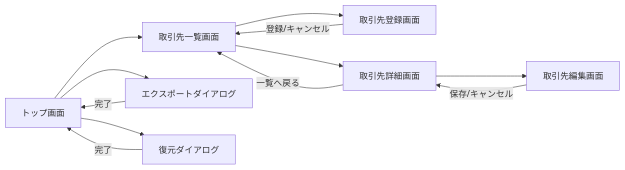
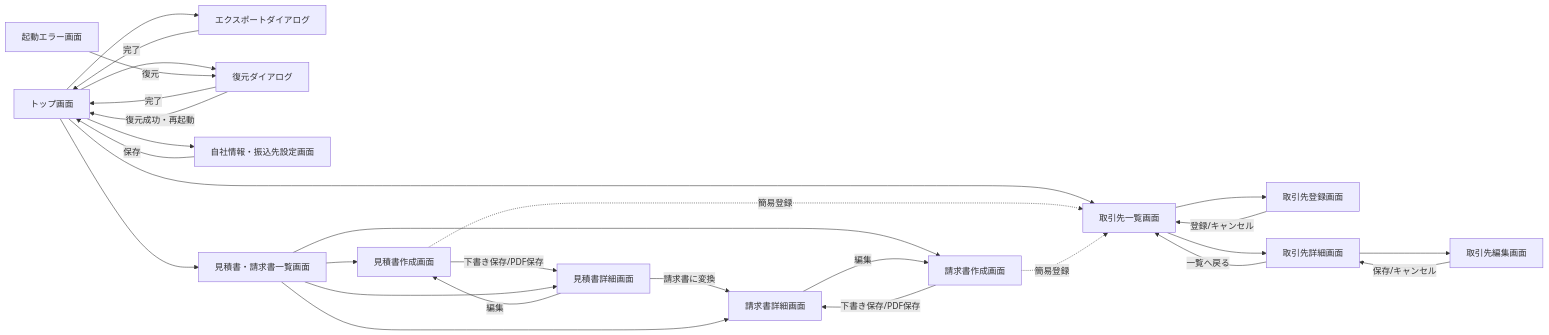
Before and after one commit to eiai00000001-cell/jimu-hub: the second of 3 diagrams in docs/03_architect/基本設計書.md, drawn with Mermaid. The commit also changed other lines of this file and 1 other file, not shown here.

````diff
--- a/docs/03_architect/基本設計書.md
+++ b/docs/03_architect/基本設計書.md
@@ -171,14 +338,30 @@
 ```mermaid
 flowchart LR
   Top["トップ画面"] --> ClientList["取引先一覧画面"]
   ClientList --> ClientNew["取引先登録画面"]
   ClientNew -- 登録/キャンセル --> ClientList
   ClientList --> ClientDetail["取引先詳細画面"]
   ClientDetail -- 一覧へ戻る --> ClientList
   ClientDetail --> ClientEdit["取引先編集画面"]
   ClientEdit -- 保存/キャンセル --> ClientDetail
   Top --> ExportDialog["エクスポートダイアログ"]
   ExportDialog -- 完了 --> Top
   Top --> ImportDialog["復元ダイアログ"]
   ImportDialog -- 完了 --> Top
+  StartupError["起動エラー画面"] -- 復元 --> ImportDialog
+  ImportDialog -- 復元成功・再起動 --> Top
+  Top --> CompanyProfile["自社情報・振込先設定画面"]
+  CompanyProfile -- 保存 --> Top
+  Top --> DocList["見積書・請求書一覧画面"]
+  DocList --> QuoteNew["見積書作成画面"]
+  QuoteNew -- 下書き保存/PDF保存 --> QuoteDetail["見積書詳細画面"]
+  DocList --> QuoteDetail
+  QuoteDetail -- 編集 --> QuoteNew
+  QuoteDetail -- 請求書に変換 --> InvoiceDetail["請求書詳細画面"]
+  DocList --> InvoiceNew["請求書作成画面"]
+  InvoiceNew -- 下書き保存/PDF保存 --> InvoiceDetail
+  DocList --> InvoiceDetail
+  InvoiceDetail -- 編集 --> InvoiceNew
+  QuoteNew -. 簡易登録 .-> ClientList
+  InvoiceNew -. 簡易登録 .-> ClientList
 ```
````
